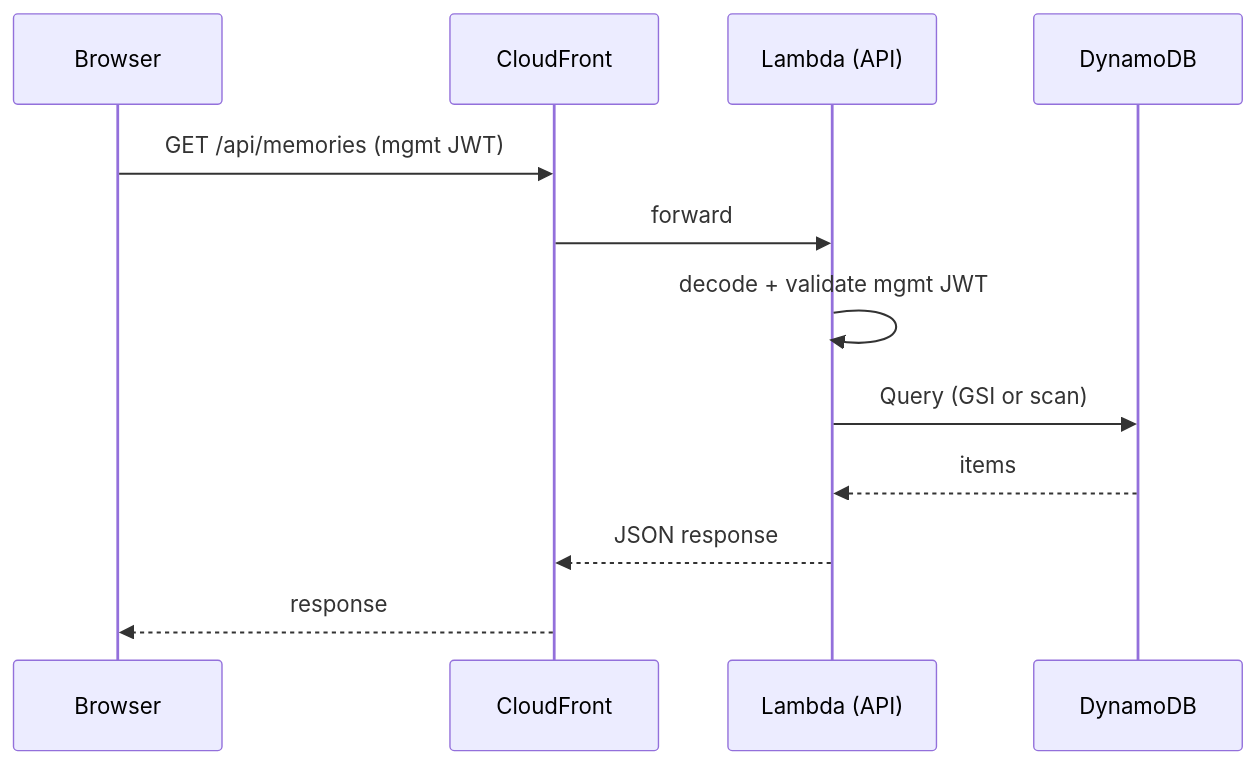
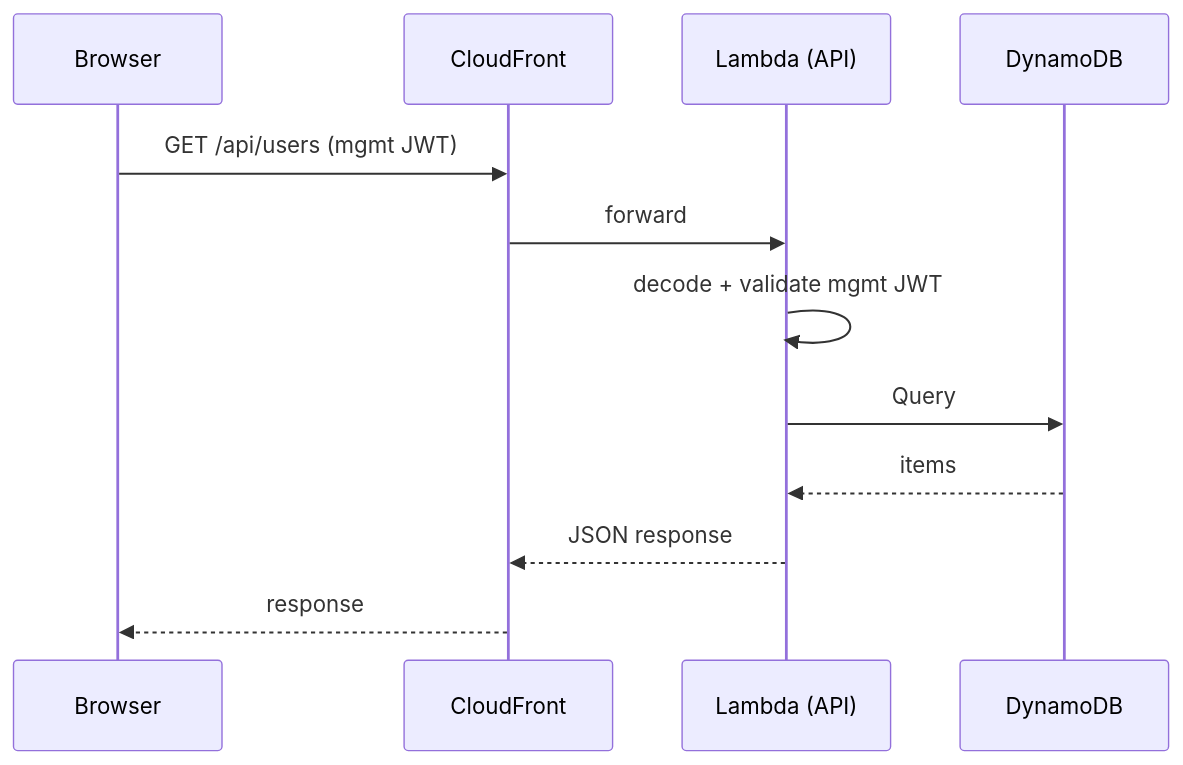
One commit to warlordofmars/agentcore-starter changed the second of 5 diagrams in docs/architecture.md. Above: the diagram before and after it, drawn with Mermaid. The commit also changed other lines of this file and 11 other files, not shown here.

````diff
--- a/docs/architecture.md
+++ b/docs/architecture.md
@@ -130,15 +86,15 @@
 ```mermaid
 sequenceDiagram
     participant B as Browser
     participant CF as CloudFront
     participant LA as Lambda (API)
     participant DDB as DynamoDB
 
-    B->>CF: GET /api/memories (mgmt JWT)
+    B->>CF: GET /api/users (mgmt JWT)
     CF->>LA: forward
     LA->>LA: decode + validate mgmt JWT
-    LA->>DDB: Query (GSI or scan)
+    LA->>DDB: Query
     DDB-->>LA: items
     LA-->>CF: JSON response
     CF-->>B: response
 ```
````
